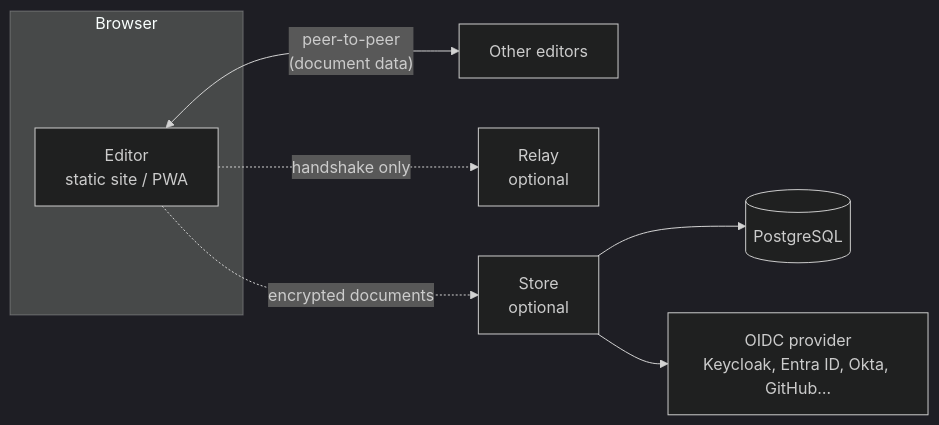
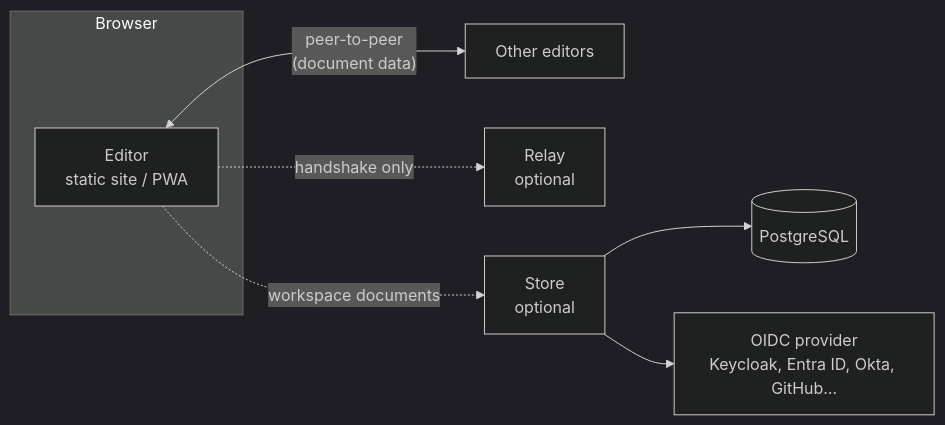
The diagram in README.md (JBraunsmaJr/system-design), drawn with Mermaid (dark theme) before and after one commit. The commit also changed other lines of this file and 469 other files, not shown here.

````diff
--- a/README.md
+++ b/README.md
@@ -28,11 +28,11 @@
 ```mermaid
 flowchart LR
     subgraph Browser
         E[Editor<br/>static site / PWA]
     end
     E <-- "peer-to-peer<br/>(document data)" --> E2[Other editors]
     E -. "handshake only" .-> R[Relay<br/>optional]
-    E -. "encrypted documents" .-> S[Store<br/>optional]
+    E -. "workspace documents" .-> S[Store<br/>optional]
     S --> DB[(PostgreSQL)]
     S --> IdP[OIDC provider<br/>Keycloak, Entra ID, Okta, GitHub…]
 ```
````
